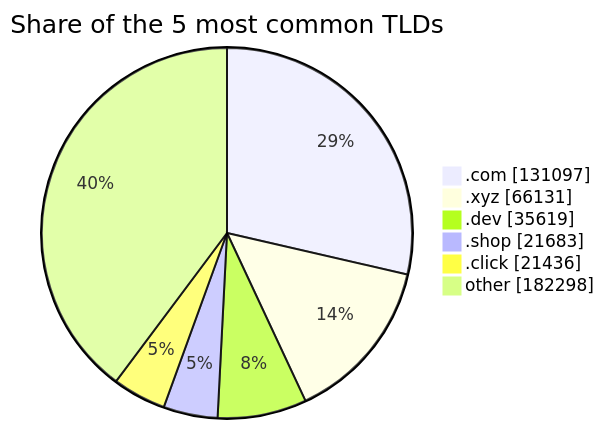
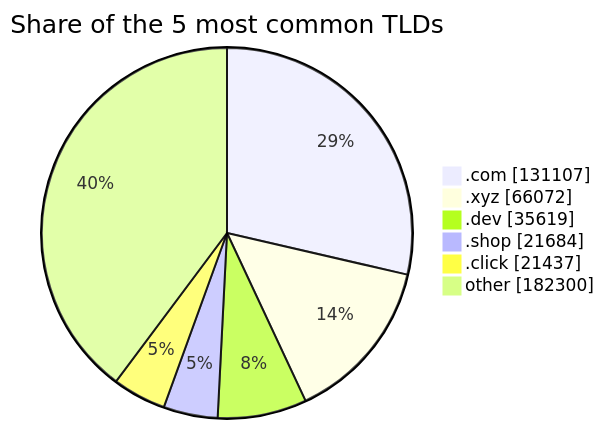
The third of 3 diagrams in README.md (DNSBunker/CTI), drawn with Mermaid before and after one commit. The commit also changed other lines of this file and 3 other files, not shown here.

````diff
--- a/README.md
+++ b/README.md
@@ -81,9 +81,9 @@
 ```mermaid
 pie showData title Share of the 5 most common TLDs
-    ".com" : 131097
-    ".xyz" : 66131
+    ".com" : 131107
+    ".xyz" : 66072
     ".dev" : 35619
-    ".shop" : 21683
-    ".click" : 21436
-    "other" : 182298
+    ".shop" : 21684
+    ".click" : 21437
+    "other" : 182300
 ```
````
